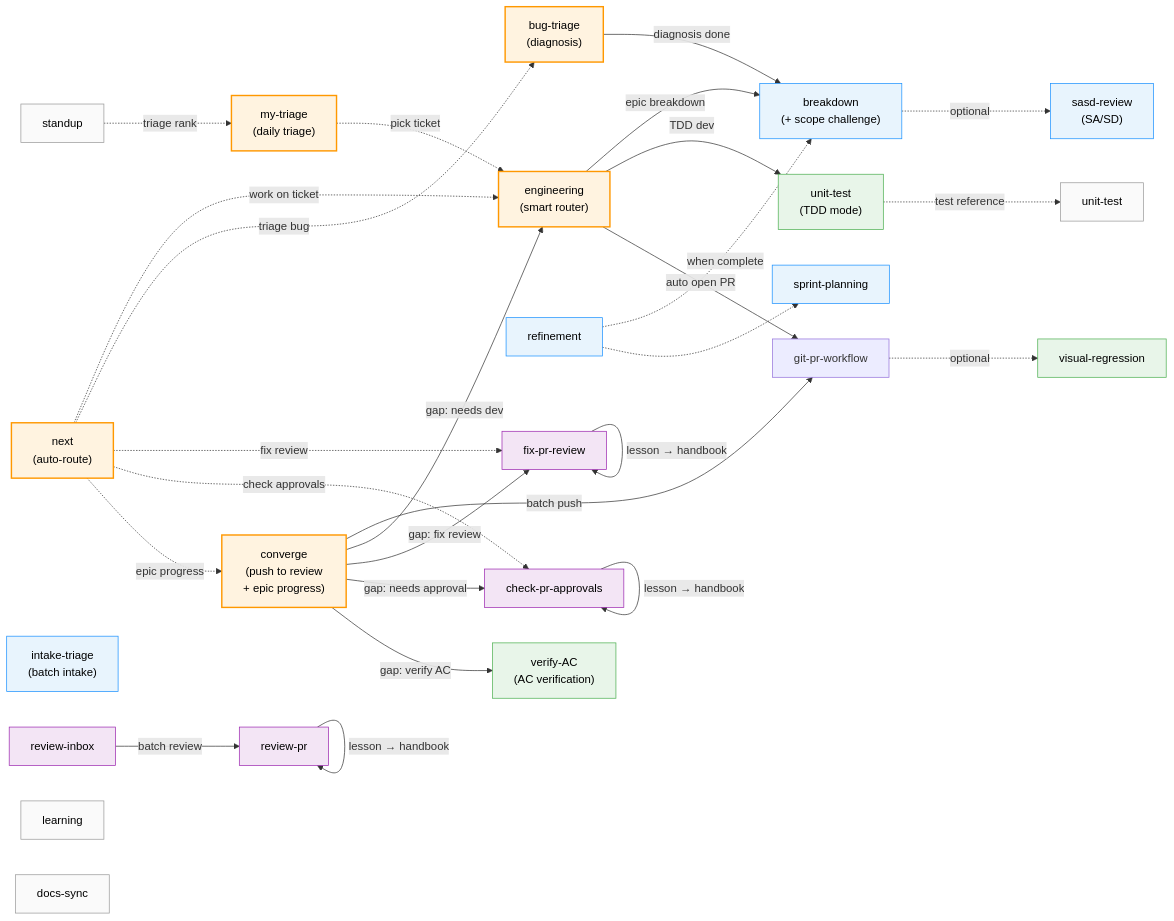
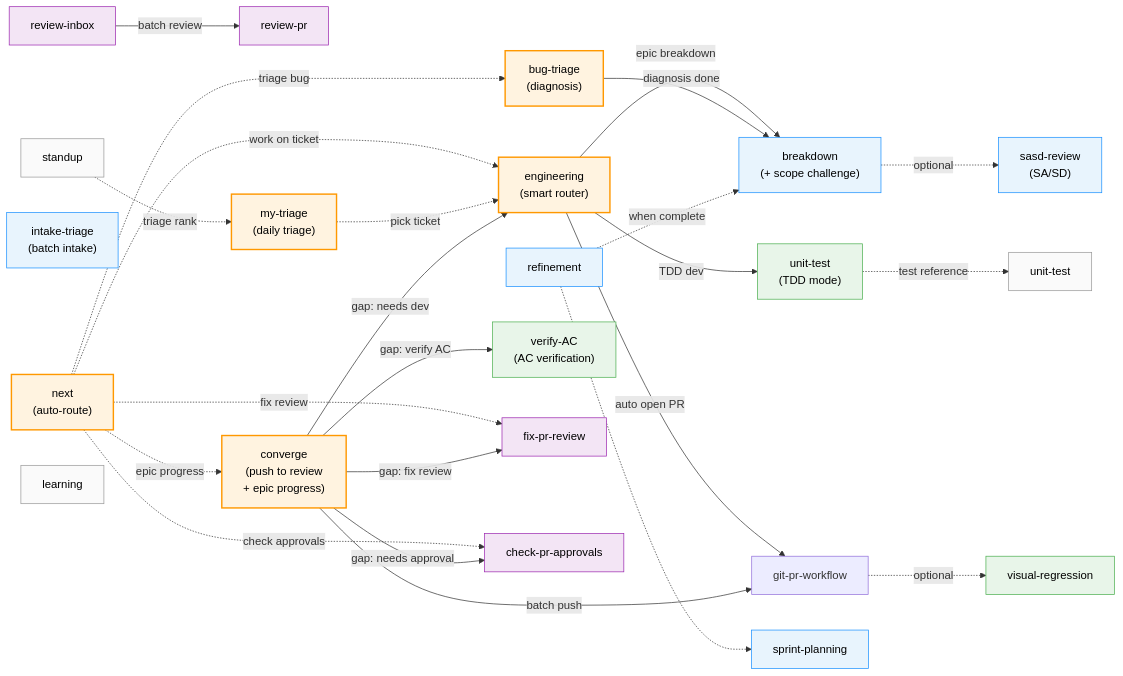
One commit to HsuanYuLee/polaris changed the second of 2 diagrams in docs/workflow-guide.md. Above: the diagram before and after it, drawn with Mermaid. The commit also changed other lines of this file and 7 other files, not shown here.

````diff
--- a/docs/workflow-guide.md
+++ b/docs/workflow-guide.md
@@ -177,7 +177,6 @@
     %% ── Other ──
     UT["unit-test"]
     LRN["learning"]
-    DS["docs-sync"]
 
     %% ── Orchestrator routes ──
     WO -->|epic breakdown| EB
@@ -197,9 +196,6 @@
 
     %% ── Review chain ──
     RI -->|batch review| RP
-    RP -->|lesson → handbook| RP
-    FPR -->|lesson → handbook| FPR
-    CPA -->|lesson → handbook| CPA
 
     %% ── Context router ──
     NX -.->|work on ticket| WO
@@ -233,5 +229,5 @@
     class RP,RI,CPA,FPR review
     class RF,EB,SASD,SP,IT planning
     class NX,MT,CV orchestrator
-    class SU,UT,LRN,DS standalone
+    class SU,UT,LRN standalone
 ```
````
